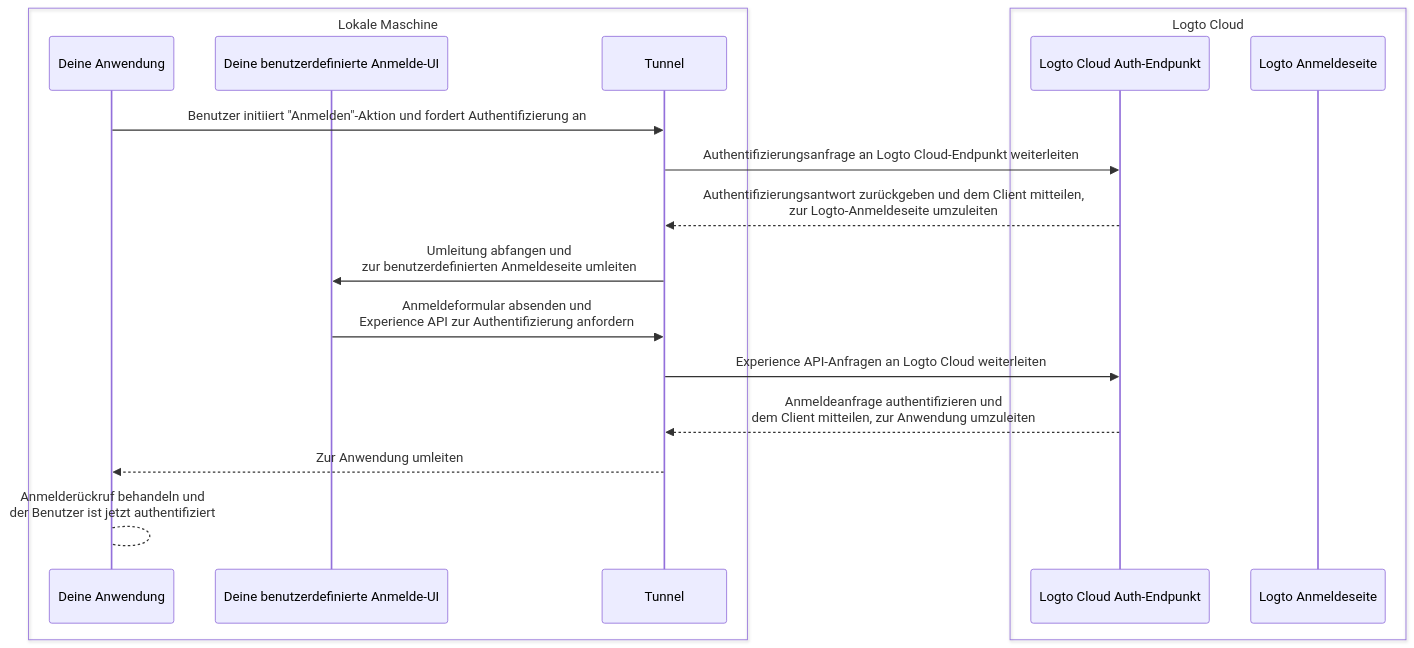
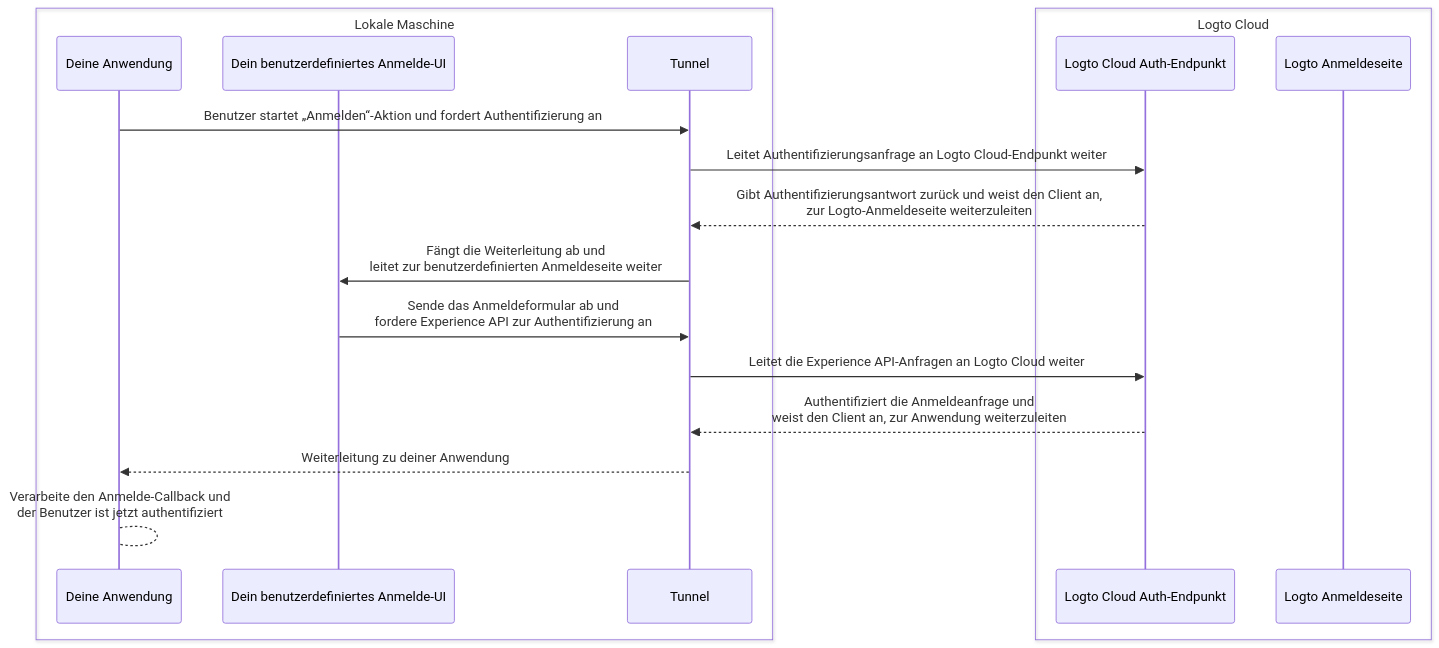
One commit to logto-io/docs changed the second of 2 diagrams in i18n/de/docusaurus-plugin-content-docs/current/customization/bring-your-ui/debug-and-test-your-custom-ui-locally.mdx. Above: the diagram before and after it, drawn with Mermaid. The commit also changed other lines of this file and 666 other files, not shown here.

````diff
--- a/i18n/de/docusaurus-plugin-content-docs/current/customization/bring-your-ui/debug-and-test-your-custom-ui-locally.mdx
+++ b/i18n/de/docusaurus-plugin-content-docs/current/customization/bring-your-ui/debug-and-test-your-custom-ui-locally.mdx
@@ -44,21 +45,21 @@
 ```mermaid
 sequenceDiagram
     box Lokale Maschine
     participant A as Deine Anwendung
-    participant B as Deine benutzerdefinierte Anmelde-UI
+    participant B as Dein benutzerdefiniertes Anmelde-UI
     participant C as Tunnel
     end
     box Logto Cloud
     participant D as Logto Cloud Auth-Endpunkt
     participant E as Logto Anmeldeseite
     end
-    A ->> C: Benutzer initiiert "Anmelden"-Aktion und fordert Authentifizierung an
-    C ->> D: Authentifizierungsanfrage an Logto Cloud-Endpunkt weiterleiten
-    D -->> C: Authentifizierungsantwort zurückgeben und dem Client mitteilen,<br/>zur Logto-Anmeldeseite umzuleiten
-    C ->> B: Umleitung abfangen und<br/>zur benutzerdefinierten Anmeldeseite umleiten
-    B ->> C: Anmeldeformular absenden und<br/>Experience API zur Authentifizierung anfordern
-    C ->> D: Experience API-Anfragen an Logto Cloud weiterleiten
-    D -->> C: Anmeldeanfrage authentifizieren und<br/>dem Client mitteilen, zur Anwendung umzuleiten
-    C -->> A: Zur Anwendung umleiten
-    A --> A: Anmelderückruf behandeln und<br/>der Benutzer ist jetzt authentifiziert
+    A ->> C: Benutzer startet „Anmelden“-Aktion und fordert Authentifizierung an
+    C ->> D: Leitet Authentifizierungsanfrage an Logto Cloud-Endpunkt weiter
+    D -->> C: Gibt Authentifizierungsantwort zurück und weist den Client an,<br/>zur Logto-Anmeldeseite weiterzuleiten
+    C ->> B: Fängt die Weiterleitung ab und<br/>leitet zur benutzerdefinierten Anmeldeseite weiter
+    B ->> C: Sende das Anmeldeformular ab und<br/>fordere Experience API zur Authentifizierung an
+    C ->> D: Leitet die Experience API-Anfragen an Logto Cloud weiter
+    D -->> C: Authentifiziert die Anmeldeanfrage und<br/>weist den Client an, zur Anwendung weiterzuleiten
+    C -->> A: Weiterleitung zu deiner Anwendung
+    A --> A: Verarbeite den Anmelde-Callback und<br/>der Benutzer ist jetzt authentifiziert
 ```
````
